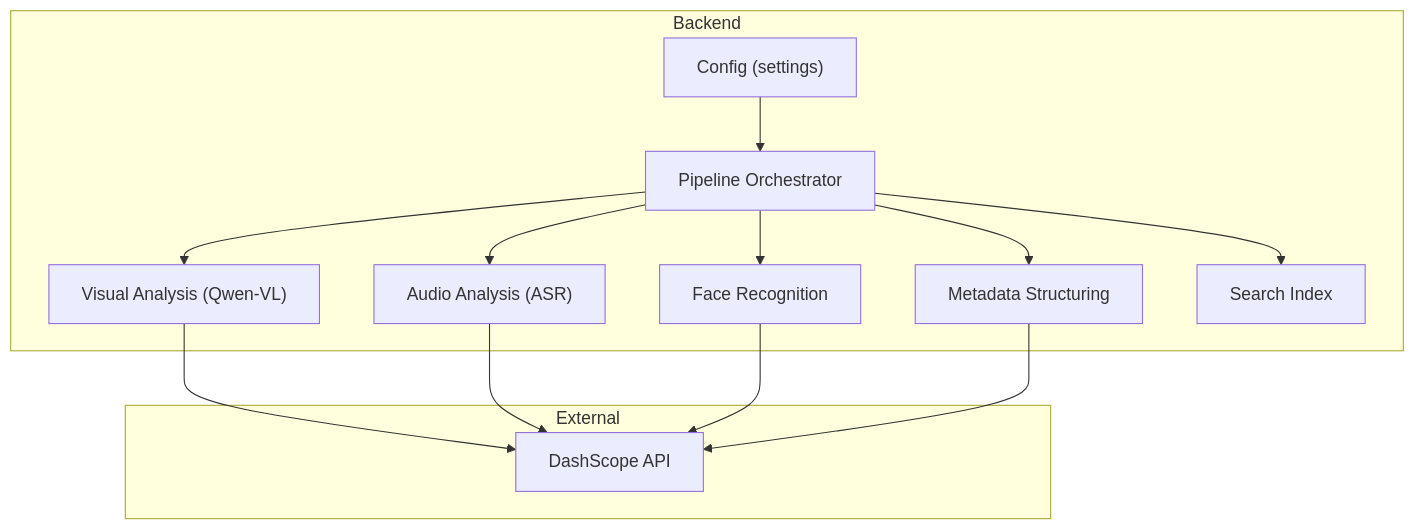
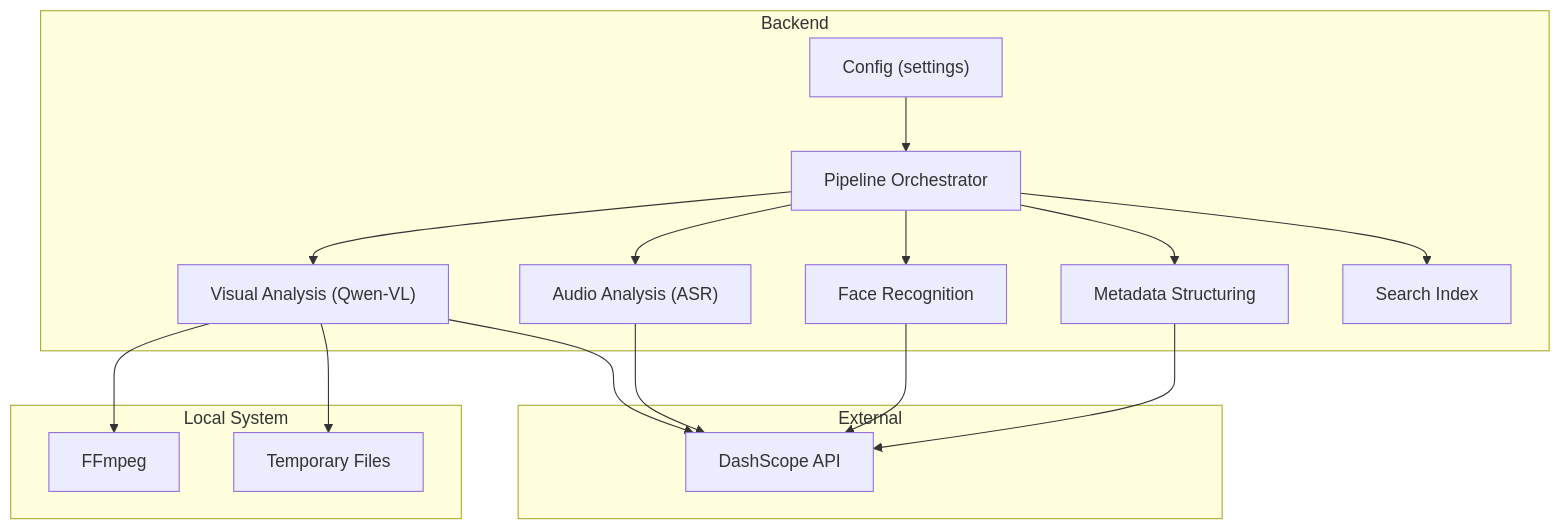
Before and after one commit to alexandreybasta-cyber/dubai-media-ai: the first of 7 diagrams in .qoder/repowiki/en/content/Media Processing Pipeline/Visual Analysis Stage.md, drawn with Mermaid. The commit also changed other lines of this file and 48 other files, not shown here.

````diff
--- a/.qoder/repowiki/en/content/Media Processing Pipeline/Visual Analysis Stage.md
+++ b/.qoder/repowiki/en/content/Media Processing Pipeline/Visual Analysis Stage.md
@@ -40,25 +41,31 @@
 ```mermaid
 graph TB
 subgraph "Backend"
 CFG["Config (settings)"]
 ORCH["Pipeline Orchestrator"]
 VA["Visual Analysis (Qwen-VL)"]
 ASR["Audio Analysis (ASR)"]
 FR["Face Recognition"]
 MS["Metadata Structuring"]
 SI["Search Index"]
 end
+subgraph "Local System"
+FFMPEG["FFmpeg"]
+TMP["Temporary Files"]
+end
 subgraph "External"
 DS["DashScope API"]
 end
 CFG --> ORCH
 ORCH --> VA
 ORCH --> ASR
 ORCH --> FR
 ORCH --> MS
 ORCH --> SI
+VA --> FFMPEG
+VA --> TMP
 VA --> DS
 ASR --> DS
 FR --> DS
 MS --> DS
 ```
````
